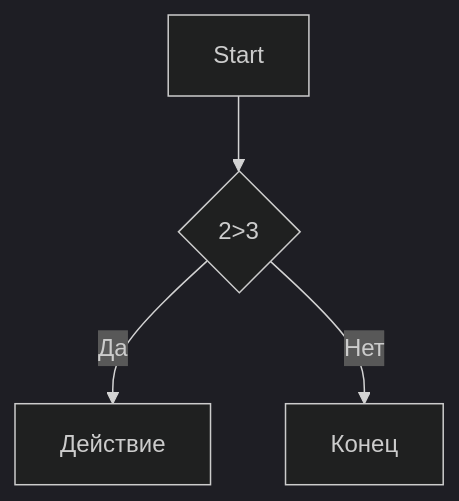
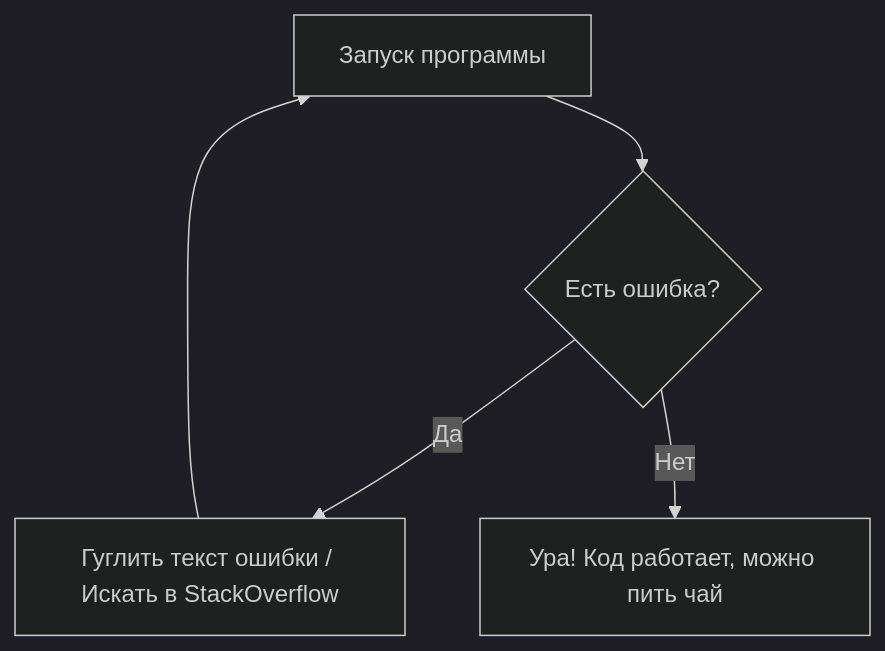
Before and after one commit to Caxap294/152: the diagram in README.md, drawn with Mermaid (dark theme). The commit also changed other lines of this file, not shown here.

````diff
--- a/README.md
+++ b/README.md
@@ -119,6 +121,7 @@
 ```mermaid
 graph TD
-  A[Start] --> B{2>3}
-  B --> |Да| C[Действие]
-  B --> |Нет| D[Конец]
+A[Запуск программы] --> B{Есть ошибка?}
+B --> |Да| C[Гуглить текст ошибки / Искать в StackOverflow]
+C --> A
+B --> |Нет| D[Ура! Код работает, можно пить чай]
 ```
````
